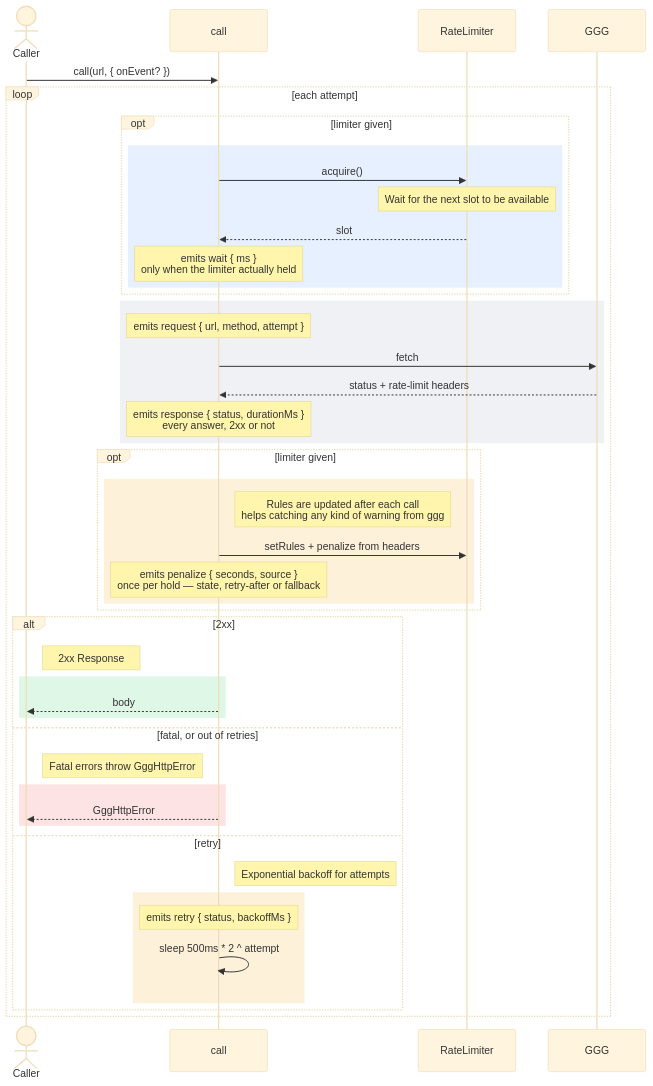
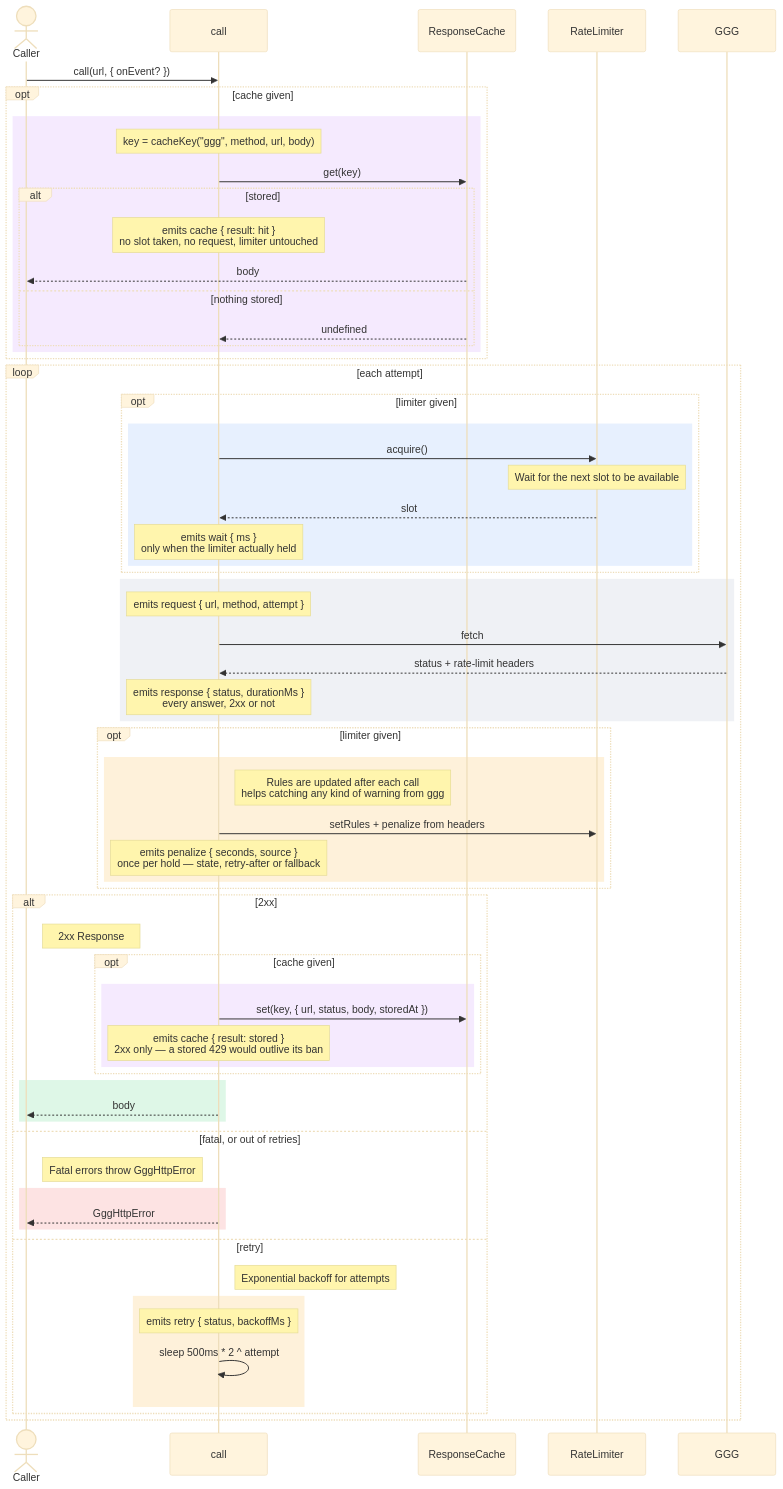
One commit to andreicaminschi/poe-stuff changed the diagram in packages/ggg/docs/call.mmd. Above: the diagram before and after it, drawn with Mermaid (base theme). The commit also changed 4 other files, not shown here.

```diff
--- a/packages/ggg/docs/call.mmd
+++ b/packages/ggg/docs/call.mmd
@@ -1,54 +1,74 @@
 sequenceDiagram
-    %% blue = wait, grey = network, amber = limits back, green = body, red = error
+    %% blue = wait, grey = network, amber = limits back, green = body, red = error, purple = cache
     %% onEvent gets no lifeline: it is the caller's own callback, run inline on this
     %% stack, so it is an annotation on each phase rather than a party to the exchange.
     actor Caller
     participant Call as call
+    participant Cache as ResponseCache
     participant Limiter as RateLimiter
     participant API as GGG
 
     Caller->>Call: call(url, { onEvent? })
+
+    opt cache given
+        rect rgba(168, 85, 247, 0.12)
+            Note over Call: key = cacheKey("ggg", method, url, body)
+            Call->>Cache: get(key)
+            alt stored
+                Note over Call: emits cache { result: hit }<br/>no slot taken, no request, limiter untouched
+                Cache-->>Caller: body
+            else nothing stored
+                Cache-->>Call: undefined
+            end
+        end
+    end
 
     loop each attempt
         opt limiter given
             rect rgba(59, 130, 246, 0.12)
                 Call->>Limiter: acquire()
                 Note over Limiter: Wait for the next slot to be available
                 Limiter-->>Call: slot
                 Note over Call: emits wait { ms }<br/>only when the limiter actually held
             end
         end
 
         rect rgba(148, 163, 184, 0.15)
             Note over Call: emits request { url, method, attempt }
             Call->>API: fetch
             API-->>Call: status + rate-limit headers
             Note over Call: emits response { status, durationMs }<br/>every answer, 2xx or not
         end
 
         opt limiter given
             rect rgba(245, 158, 11, 0.15)
                 Note right of Call: Rules are updated after each call<br/>helps catching any kind of warning from ggg
                 Call->>Limiter: setRules + penalize from headers
                 Note over Call: emits penalize { seconds, source }<br/>once per hold — state, retry-after or fallback
             end
         end
 
         alt 2xx
             Note right of Caller: 2xx Response
+            opt cache given
+                rect rgba(168, 85, 247, 0.12)
+                    Call->>Cache: set(key, { url, status, body, storedAt })
+                    Note over Call: emits cache { result: stored }<br/>2xx only — a stored 429 would outlive its ban
+                end
+            end
             rect rgba(34, 197, 94, 0.15)
                 Call-->>Caller: body
             end
         else fatal, or out of retries
             Note right of Caller: Fatal errors throw GggHttpError
             rect rgba(239, 68, 68, 0.15)
                 Call-->>Caller: GggHttpError
             end
         else retry
             Note right of Call: Exponential backoff for attempts
             rect rgba(245, 158, 11, 0.15)
                 Note over Call: emits retry { status, backoffMs }
                 Call->>Call: sleep 500ms * 2 ^ attempt
             end
         end
     end
```
